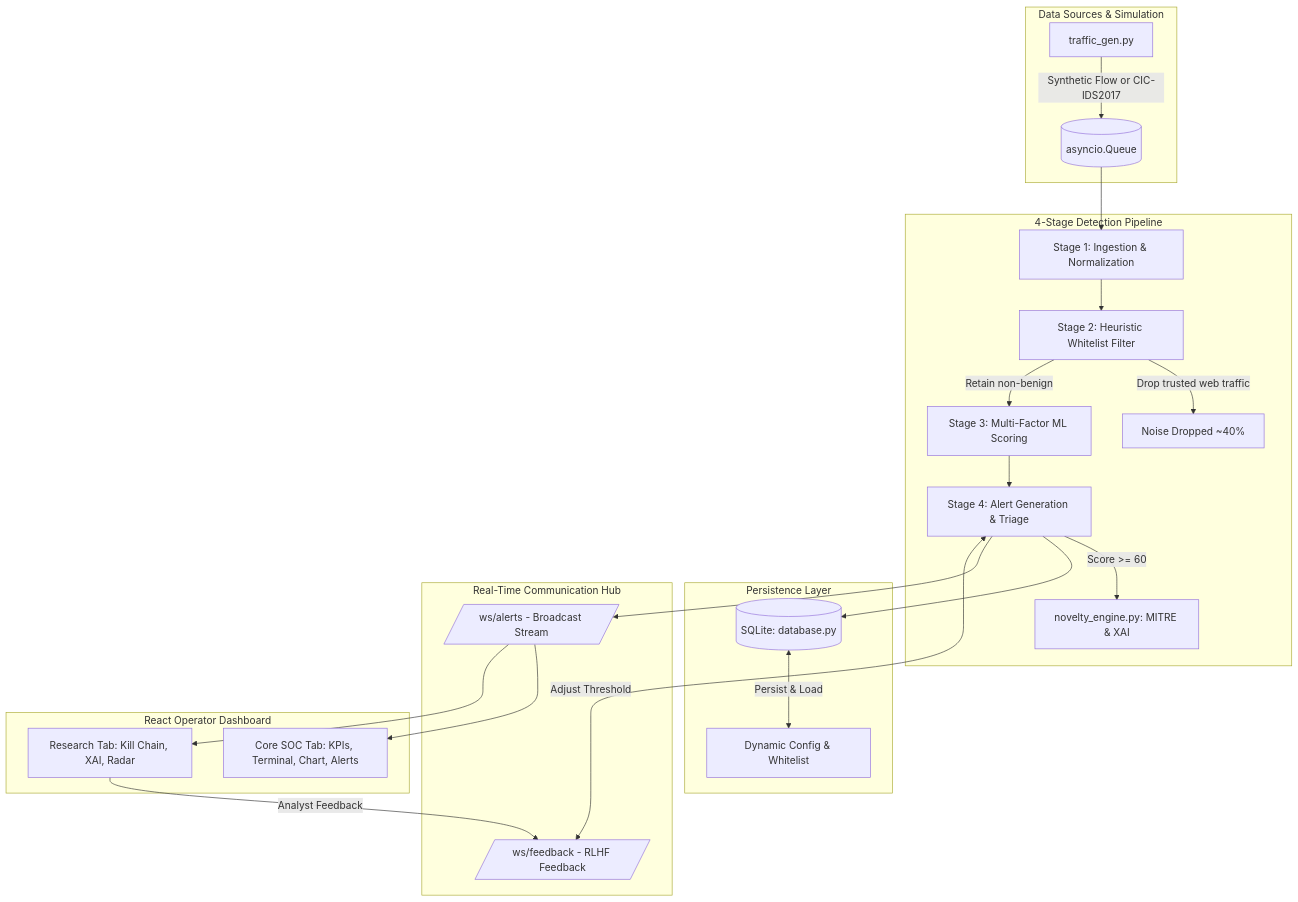
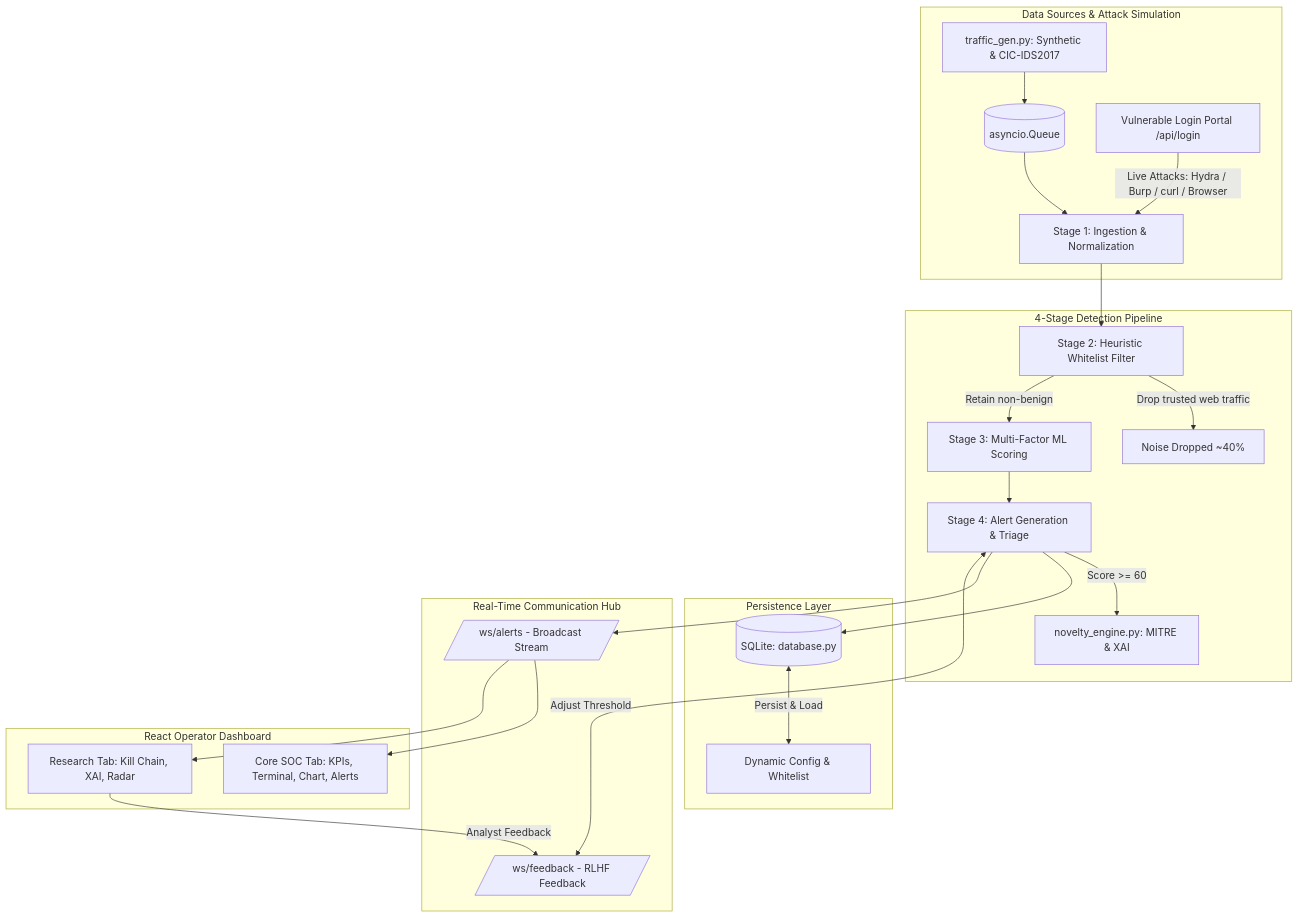
The diagram in README.md (SOHAM-MOKASHI/PBL), drawn with Mermaid before and after one commit. The commit also changed other lines of this file, not shown here.

Commit message:
docs: Add vulnerable login setup, execution guide, and attack simulation instructions

````diff
--- a/README.md
+++ b/README.md
@@ -25,31 +25,32 @@
 ```mermaid
 flowchart TD
-    subgraph Data Sources & Simulation
-        TG[traffic_gen.py] -->|Synthetic Flow or CIC-IDS2017| Q[(asyncio.Queue)]
+    subgraph Data Sources & Attack Simulation
+        TG[traffic_gen.py: Synthetic & CIC-IDS2017] --> Q[(asyncio.Queue)]
+        VULN[Vulnerable Login Portal /api/login] -->|Live Attacks: Hydra / Burp / curl / Browser| S1
     end
 
     subgraph 4-Stage Detection Pipeline
         Q --> S1[Stage 1: Ingestion & Normalization]
         S1 --> S2[Stage 2: Heuristic Whitelist Filter]
         S2 -->|Drop trusted web traffic| DROP[Noise Dropped ~40%]
         S2 -->|Retain non-benign| S3[Stage 3: Multi-Factor ML Scoring]
         S3 --> S4[Stage 4: Alert Generation & Triage]
         S4 -->|Score >= 60| XAI[novelty_engine.py: MITRE & XAI]
     end
 
     subgraph Persistence Layer
         S4 --> DB[(SQLite: database.py)]
         DB <-->|Persist & Load| CONF[Dynamic Config & Whitelist]
     end
 
     subgraph Real-Time Communication Hub
         S4 --> WS1[/ws/alerts - Broadcast Stream/]
         WS2[/ws/feedback - RLHF Feedback/] <-->|Adjust Threshold| S4
     end
 
     subgraph React Operator Dashboard
         WS1 --> CoreSOC[Core SOC Tab: KPIs, Terminal, Chart, Alerts]
         WS1 --> ResTab[Research Tab: Kill Chain, XAI, Radar]
         ResTab -->|Analyst Feedback| WS2
     end
 ```
````
